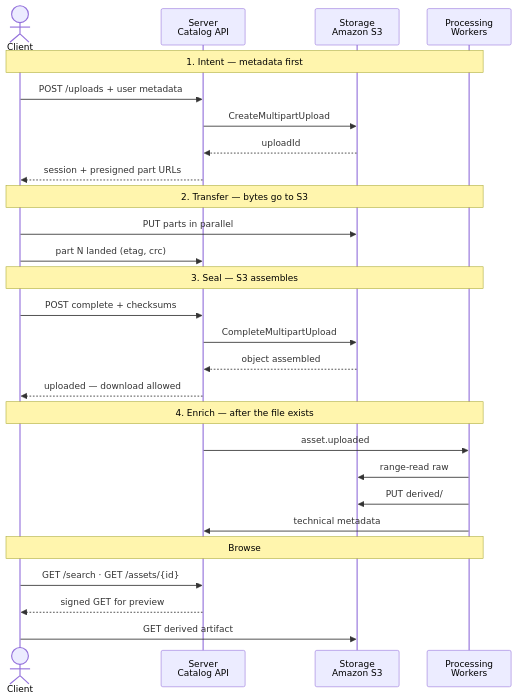
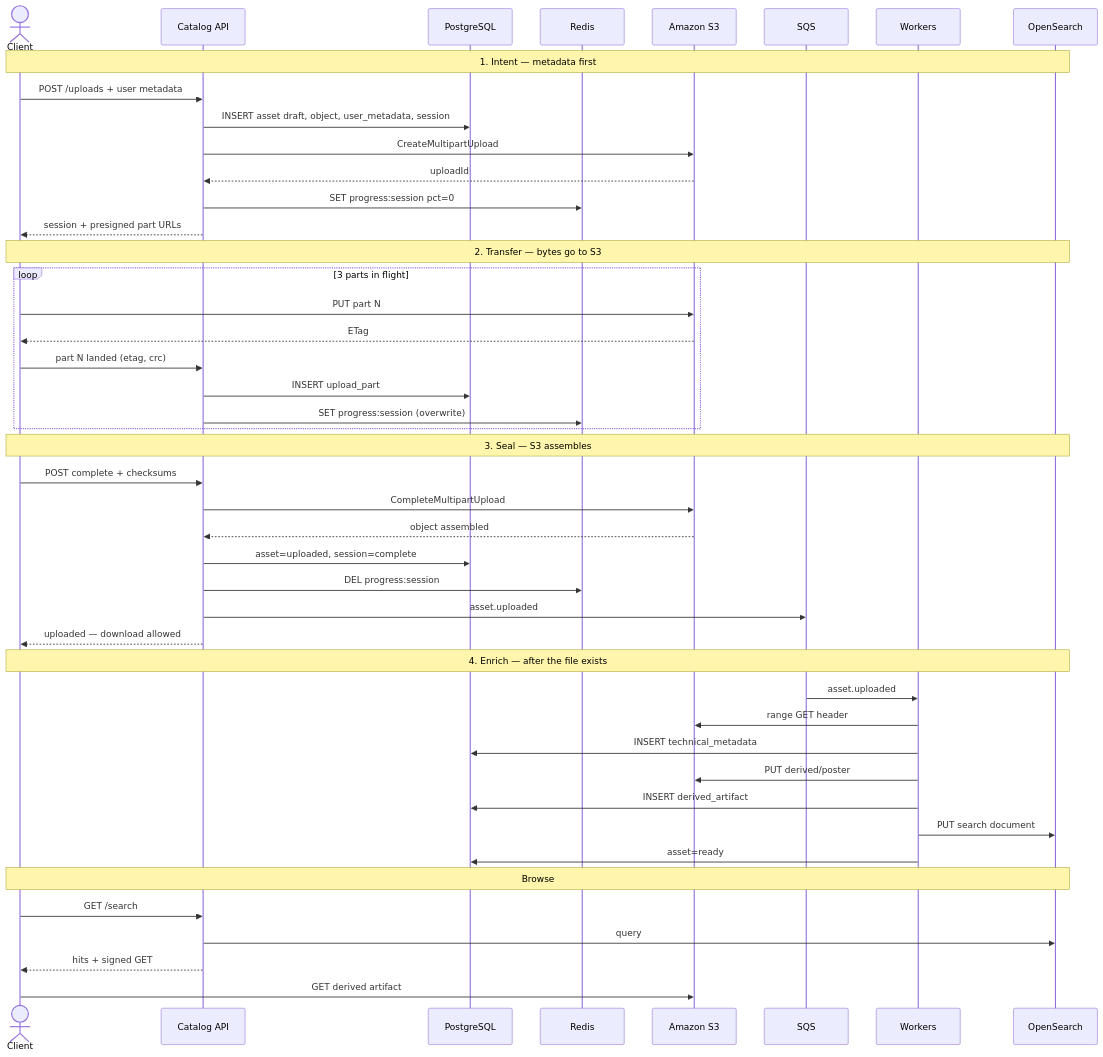
The second of 4 diagrams in docs/uml.md (ShakedNeeman/exodia), drawn with Mermaid before and after one commit. The commit also changed other lines of this file and 6 other files, not shown here.

First line of the commit message:
Add mermaid UML for the full ingest sequence across Postgres, Redis, S3, SQS, and search.

````diff
--- a/docs/uml.md
+++ b/docs/uml.md
@@ -65,34 +65,52 @@
 ```mermaid
 sequenceDiagram
   actor Client
-  participant Server as Server<br/>Catalog API
-  participant Storage as Storage<br/>Amazon S3
-  participant Processing as Processing<br/>Workers
+  participant API as Catalog API
+  participant PG as PostgreSQL
+  participant Redis as Redis
+  participant S3 as Amazon S3
+  participant SQS as SQS
+  participant W as Workers
+  participant OS as OpenSearch
 
-  Note over Client,Processing: 1. Intent — metadata first
-  Client->>Server: POST /uploads + user metadata
-  Server->>Storage: CreateMultipartUpload
-  Storage-->>Server: uploadId
-  Server-->>Client: session + presigned part URLs
+  Note over Client,OS: 1. Intent — metadata first
+  Client->>API: POST /uploads + user metadata
+  API->>PG: INSERT asset draft, object, user_metadata, session
+  API->>S3: CreateMultipartUpload
+  S3-->>API: uploadId
+  API->>Redis: SET progress:session pct=0
+  API-->>Client: session + presigned part URLs
 
-  Note over Client,Processing: 2. Transfer — bytes go to S3
-  Client->>Storage: PUT parts in parallel
-  Client->>Server: part N landed (etag, crc)
+  Note over Client,OS: 2. Transfer — bytes go to S3
+  loop 3 parts in flight
+    Client->>S3: PUT part N
+    S3-->>Client: ETag
+    Client->>API: part N landed (etag, crc)
+    API->>PG: INSERT upload_part
+    API->>Redis: SET progress:session (overwrite)
+  end
 
-  Note over Client,Processing: 3. Seal — S3 assembles
-  Client->>Server: POST complete + checksums
-  Server->>Storage: CompleteMultipartUpload
-  Storage-->>Server: object assembled
-  Server-->>Client: uploaded — download allowed
+  Note over Client,OS: 3. Seal — S3 assembles
+  Client->>API: POST complete + checksums
+  API->>S3: CompleteMultipartUpload
+  S3-->>API: object assembled
+  API->>PG: asset=uploaded, session=complete
+  API->>Redis: DEL progress:session
+  API->>SQS: asset.uploaded
+  API-->>Client: uploaded — download allowed
 
-  Note over Client,Processing: 4. Enrich — after the file exists
-  Server->>Processing: asset.uploaded
-  Processing->>Storage: range-read raw
-  Processing->>Storage: PUT derived/
-  Processing->>Server: technical metadata
+  Note over Client,OS: 4. Enrich — after the file exists
+  SQS->>W: asset.uploaded
+  W->>S3: range GET header
+  W->>PG: INSERT technical_metadata
+  W->>S3: PUT derived/poster
+  W->>PG: INSERT derived_artifact
+  W->>OS: PUT search document
+  W->>PG: asset=ready
 
-  Note over Client,Processing: Browse
-  Client->>Server: GET /search · GET /assets/{id}
-  Server-->>Client: signed GET for preview
-  Client->>Storage: GET derived artifact
+  Note over Client,OS: Browse
+  Client->>API: GET /search
+  API->>OS: query
+  API-->>Client: hits + signed GET
+  Client->>S3: GET derived artifact
 ```
````
